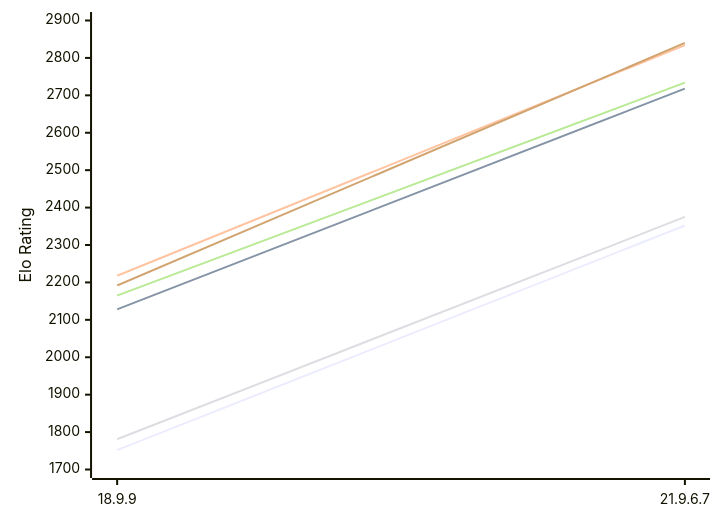
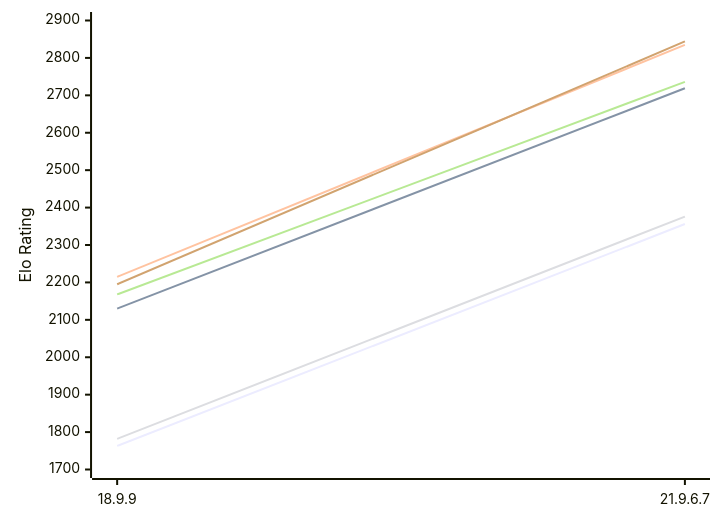
One commit to computer-chess-index/cci changed the diagram in engines/RuthIron.md. Above: the diagram before and after it, drawn with Mermaid. The commit also changed other lines of this file, not shown here.

Commit message:
Update CCI Ratings (ELO VLTC) - 2026-11-24

````diff
--- a/engines/RuthIron.md
+++ b/engines/RuthIron.md
@@ -49,12 +49,12 @@
 ```mermaid
 %%{init: {"theme":"base","themeVariables":{"seriesColors:['#a3a3a3','#222221','#faa371']}}}%%
 xychart-beta
   x-axis ["18.9.9", "21.9.6.7"]
   y-axis "Elo Rating" 1700 --> 2900
-  line "E1: STC (8.0+0.08s)" [1752, 2352]
-  line "E1: LTC (60.0+0.60s)" [2128, 2718]
-  line "E1: VLTC (2m24s+1.12s)" [2218, 2834]
-  line "P1: STC (8.0+0.08s)" [1781, 2375]
-  line "P1: LTC (60.0+0.60s)" [2165, 2734]
-  line "P1: VLTC (2m24s+1.12s)" [2192, 2840]
+  line "E1: STC (8.0+0.08s)" [1763, 2356]
+  line "E1: LTC (60.0+0.60s)" [2130, 2719]
+  line "E1: VLTC (2m24s+1.12s)" [2215, 2835]
+  line "P1: STC (8.0+0.08s)" [1782, 2376]
+  line "P1: LTC (60.0+0.60s)" [2168, 2736]
+  line "P1: VLTC (2m24s+1.12s)" [2195, 2844]
 ```
````
